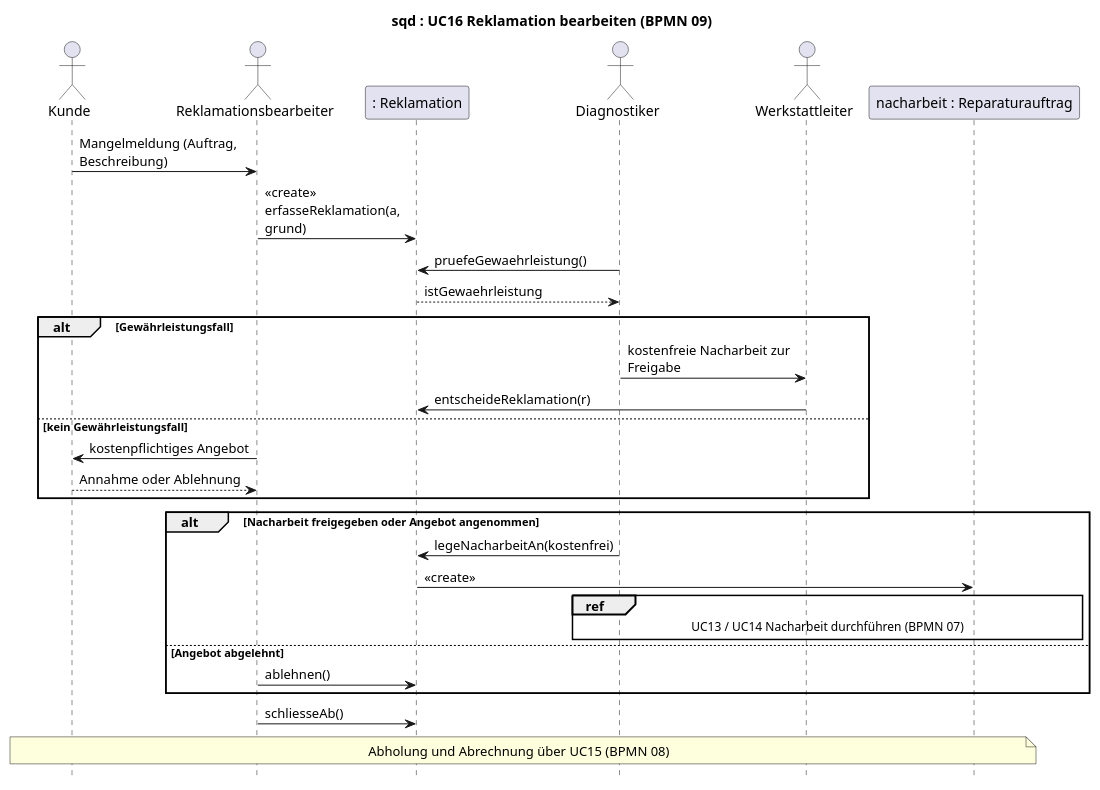
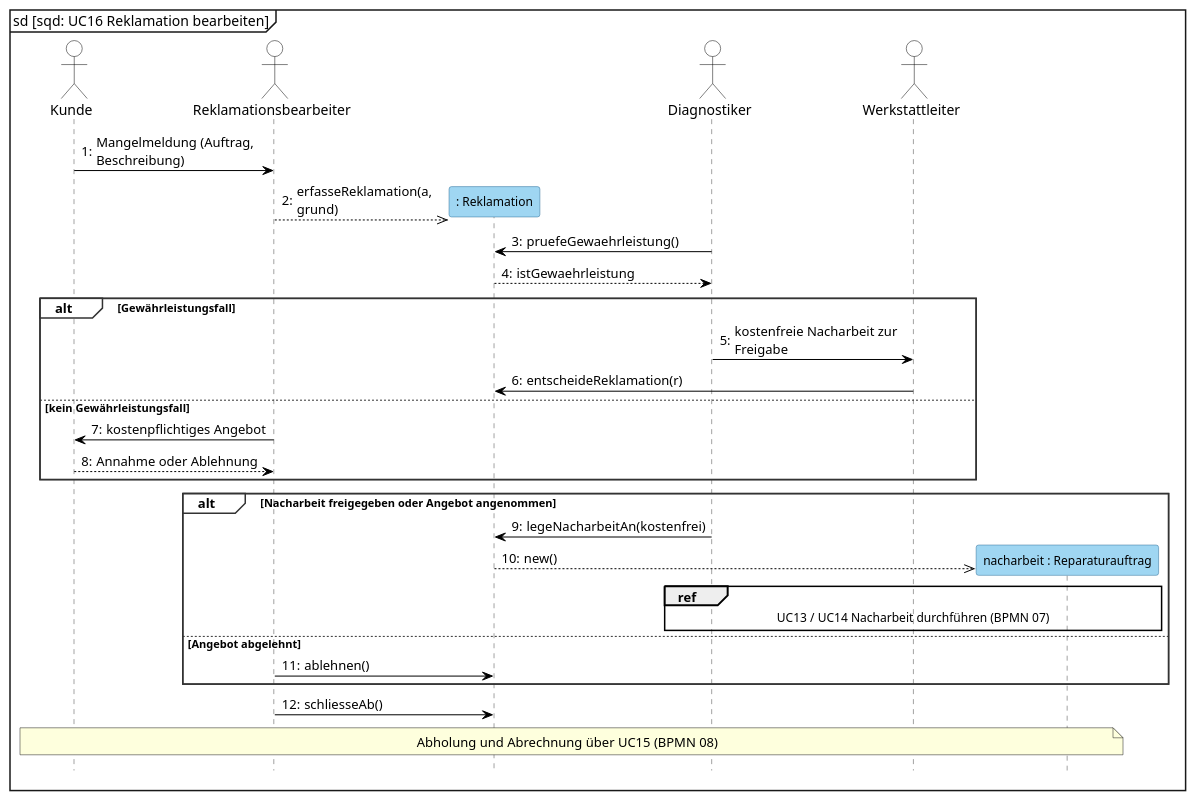
Before and after one commit to jakobschwan123-cmd/casestudy-semester-3: the diagram in 2_uml/entwurf-plantuml/sequenz-05-reklamation.puml, drawn with PlantUML. The commit also changed 13 other files, not shown here.

First line of the commit message:
[T05 2026-10-15] style: sequence diagram templates in Visual Paradigm notation (E-28)

```diff
--- a/2_uml/entwurf-plantuml/sequenz-05-reklamation.puml
+++ b/2_uml/entwurf-plantuml/sequenz-05-reklamation.puml
@@ -1,36 +1,54 @@
 @startuml
 ' BPMN: p09-reklamation.bpmn. Kernablauf: Mangel prüfen, Gewährleistung oder Angebot, Nacharbeitsauftrag, Abschluss.
-title sqd : UC16 Reklamation bearbeiten (BPMN 09)
+' Darstellung wie in Visual Paradigm: Objekterzeugung als gestrichelter Pfeil auf den Kopfkasten (Kasten sitzt auf Nachrichtenhöhe, VL 6 Folie 5-70), kein <<create>>-Text.
+mainframe sd [sqd: UC16 Reklamation bearbeiten]
 skinparam defaultFontName Arial
 skinparam sequenceMessageAlign left
 skinparam maxMessageSize 170
+skinparam shadowing false
+skinparam sequence {
+  ParticipantBackgroundColor #9FD6F2
+  ParticipantBorderColor #2E6E99
+  ParticipantFontSize 12
+  ActorBackgroundColor white
+  ActorBorderColor black
+  LifeLineBorderColor #444444
+  LifeLineBackgroundColor #9FD6F2
+  GroupBorderColor #333333
+  GroupBackgroundColor white
+  GroupHeaderFontStyle bold
+  ArrowColor black
+}
 hide footbox
+autonumber "0:"
 
 actor Kunde
 actor Reklamationsbearbeiter as SM
 participant ": Reklamation" as REK
 actor Diagnostiker
 actor Werkstattleiter as WL
 participant "nacharbeit : Reparaturauftrag" as NA
 
 Kunde -> SM : Mangelmeldung (Auftrag, Beschreibung)
-SM -> REK : <<create>> erfasseReklamation(a, grund)
+create REK
+SM -->> REK : erfasseReklamation(a, grund)
 Diagnostiker -> REK : pruefeGewaehrleistung()
 REK --> Diagnostiker : istGewaehrleistung
 alt Gewährleistungsfall
     Diagnostiker -> WL : kostenfreie Nacharbeit zur Freigabe
     WL -> REK : entscheideReklamation(r)
 else kein Gewährleistungsfall
     SM -> Kunde : kostenpflichtiges Angebot
     Kunde --> SM : Annahme oder Ablehnung
 end
 alt Nacharbeit freigegeben oder Angebot angenommen
     Diagnostiker -> REK : legeNacharbeitAn(kostenfrei)
-    REK -> NA : <<create>>
+    create NA
+    REK -->> NA : new()
     ref over Diagnostiker, NA : UC13 / UC14 Nacharbeit durchführen (BPMN 07)
 else Angebot abgelehnt
     SM -> REK : ablehnen()
 end
 SM -> REK : schliesseAb()
 note over Kunde, NA : Abholung und Abrechnung über UC15 (BPMN 08)
 @enduml
```
